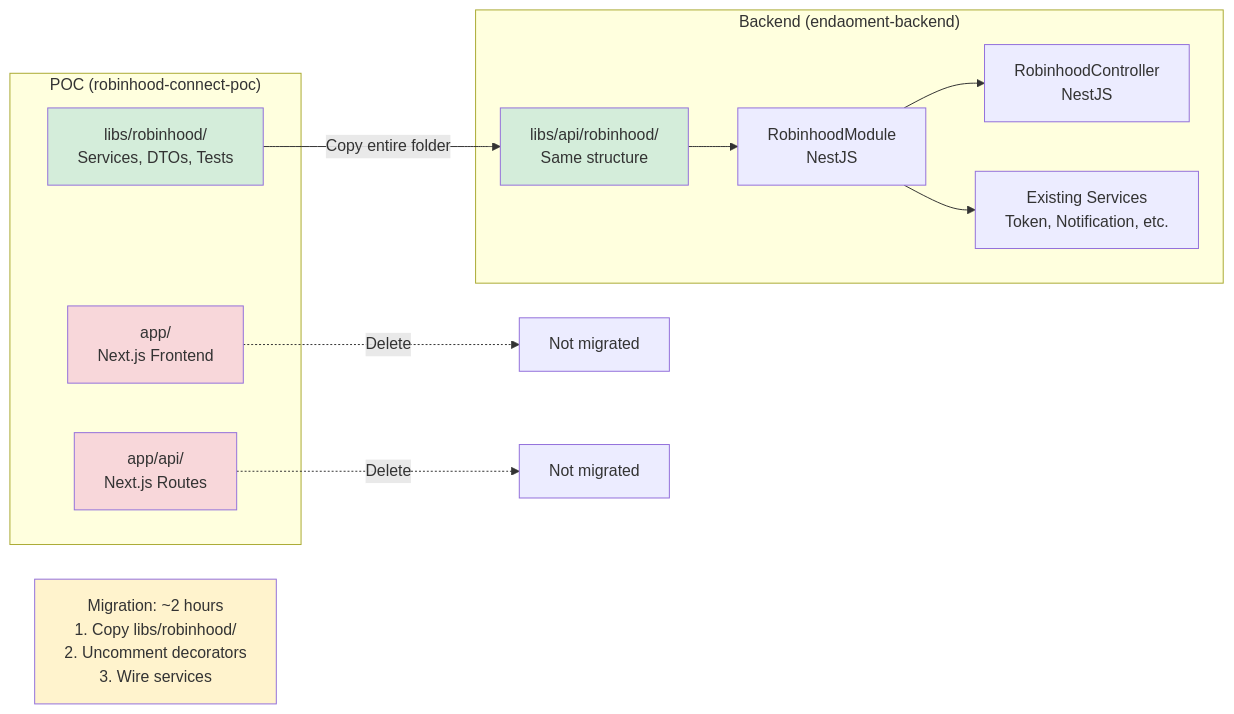
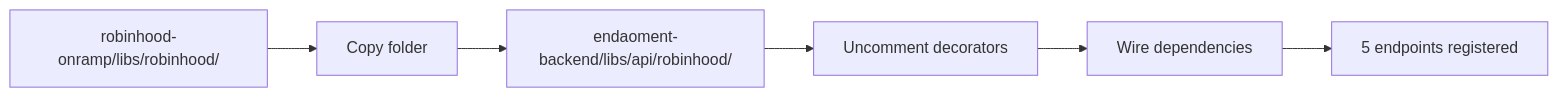
The fourth of 5 diagrams in robinhood-onramp/docs/FLOW-DIAGRAMS.md (endaoment/robinhood-connect-poc), drawn with Mermaid before and after one commit. The commit also changed other lines of this file and 12 other files, not shown here.

````diff
--- a/robinhood-onramp/docs/FLOW-DIAGRAMS.md
+++ b/robinhood-onramp/docs/FLOW-DIAGRAMS.md
@@ -172,31 +100,8 @@
 ```mermaid
 flowchart LR
-    subgraph "POC (robinhood-connect-poc)"
-        POCApp[app/<br/>Next.js Frontend]
-        POCApi[app/api/<br/>Next.js Routes]
-        POCLibs[libs/robinhood/<br/>Services, DTOs, Tests]
-    end
-
-    subgraph "Backend (endaoment-backend)"
-        BackendLibs[libs/api/robinhood/<br/>Same structure]
-        BackendModule[RobinhoodModule<br/>NestJS]
-        BackendController[RobinhoodController<br/>NestJS]
-        BackendServices[Existing Services<br/>Token, Notification, etc.]
-    end
-
-    POCLibs -->|Copy entire folder| BackendLibs
-    BackendLibs --> BackendModule
-    BackendModule --> BackendController
-    BackendModule --> BackendServices
-
-    POCApp -.->|Delete| X1[Not migrated]
-    POCApi -.->|Delete| X2[Not migrated]
-
-    Note1[Migration: ~2 hours<br/>1. Copy libs/robinhood/<br/>2. Uncomment decorators<br/>3. Wire services]
-
-    style POCLibs fill:#d4edda
-    style BackendLibs fill:#d4edda
-    style POCApp fill:#f8d7da
-    style POCApi fill:#f8d7da
-    style Note1 fill:#fff3cd
+    POC[robinhood-onramp/libs/robinhood/] --> Copy[Copy folder]
+    Copy --> Backend[endaoment-backend/libs/api/robinhood/]
+    Backend --> Uncomment[Uncomment decorators]
+    Uncomment --> Wire[Wire dependencies]
+    Wire --> Done[5 endpoints registered]
 ```
````
